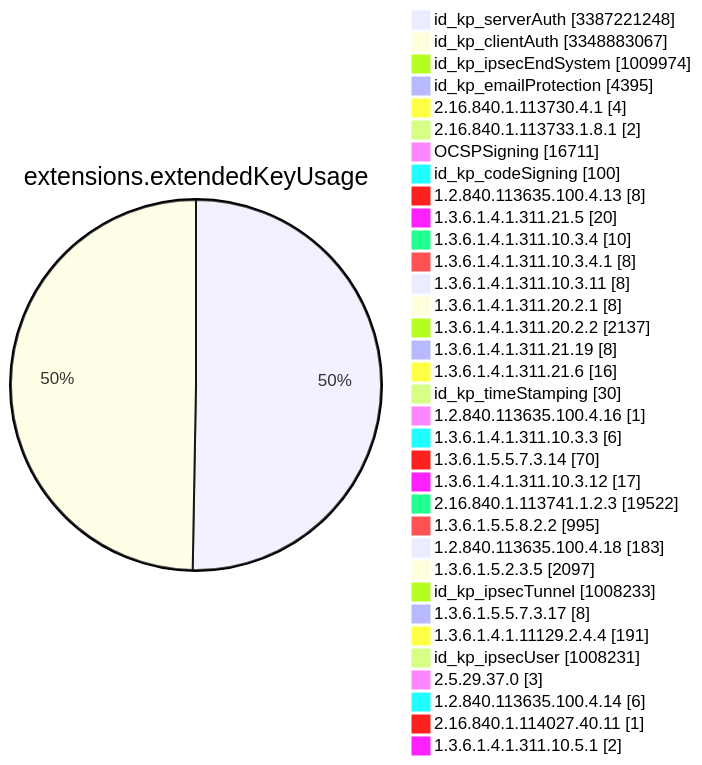
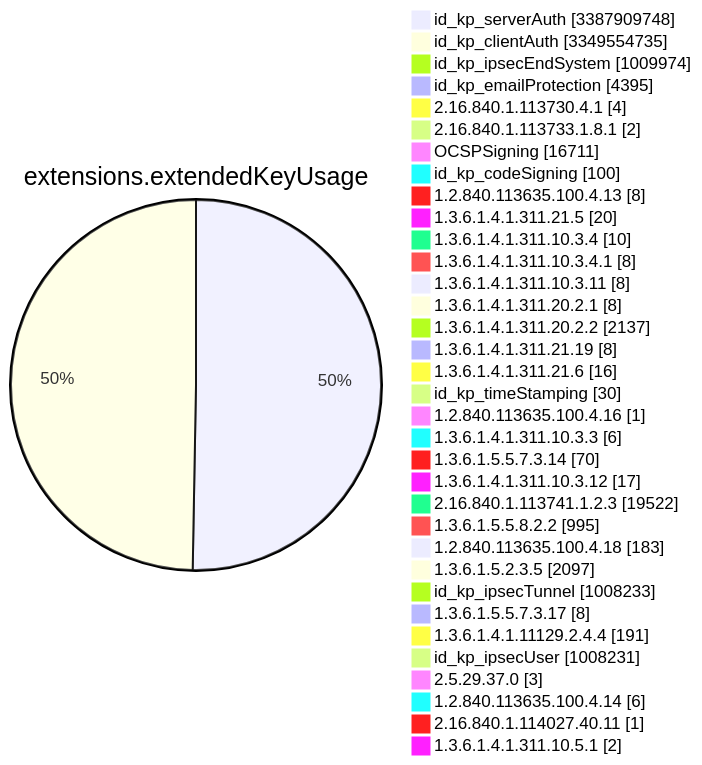
One commit to christiankrug/ctmonitor_visualization changed diagram 11 of 15 in TOTAL/README.md. Above: the diagram before and after it, drawn with Mermaid. The commit also changed other lines of this file, not shown here.

````diff
--- a/TOTAL/README.md
+++ b/TOTAL/README.md
@@ -4121,38 +4121,38 @@
 ```mermaid
 pie showData
 title extensions.extendedKeyUsage
-"id_kp_serverAuth" :3387221248
-"id_kp_clientAuth" :3348883067
+"id_kp_serverAuth" :3387909748
+"id_kp_clientAuth" :3349554735
 "id_kp_ipsecEndSystem" :1009974
 "id_kp_emailProtection" :4395
 "2.16.840.1.113730.4.1" :4
 "2.16.840.1.113733.1.8.1" :2
 "OCSPSigning" :16711
 "id_kp_codeSigning" :100
 "1.2.840.113635.100.4.13" :8
 "1.3.6.1.4.1.311.21.5" :20
 "1.3.6.1.4.1.311.10.3.4" :10
 "1.3.6.1.4.1.311.10.3.4.1" :8
 "1.3.6.1.4.1.311.10.3.11" :8
 "1.3.6.1.4.1.311.20.2.1" :8
 "1.3.6.1.4.1.311.20.2.2" :2137
 "1.3.6.1.4.1.311.21.19" :8
 "1.3.6.1.4.1.311.21.6" :16
 "id_kp_timeStamping" :30
 "1.2.840.113635.100.4.16" :1
 "1.3.6.1.4.1.311.10.3.3" :6
 "1.3.6.1.5.5.7.3.14" :70
 "1.3.6.1.4.1.311.10.3.12" :17
 "2.16.840.1.113741.1.2.3" :19522
 "1.3.6.1.5.5.8.2.2" :995
 "1.2.840.113635.100.4.18" :183
 "1.3.6.1.5.2.3.5" :2097
 "id_kp_ipsecTunnel" :1008233
 "1.3.6.1.5.5.7.3.17" :8
 "1.3.6.1.4.1.11129.2.4.4" :191
 "id_kp_ipsecUser" :1008231
 "2.5.29.37.0" :3
 "1.2.840.113635.100.4.14" :6
 "2.16.840.1.114027.40.11" :1
 "1.3.6.1.4.1.311.10.5.1" :2
 ```
````
